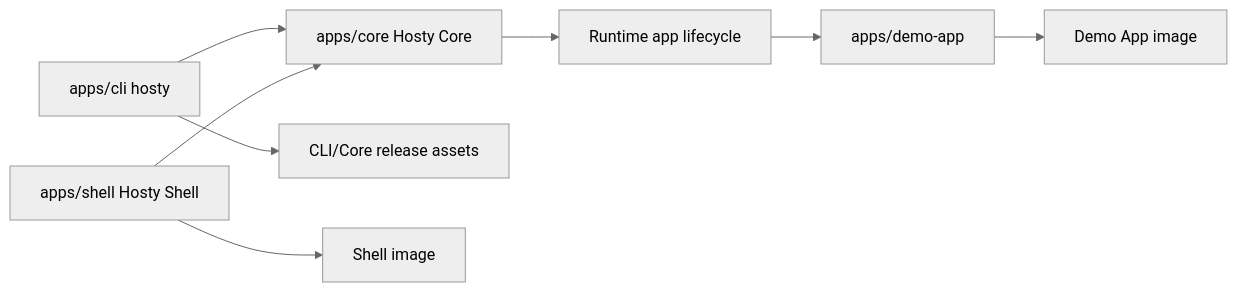
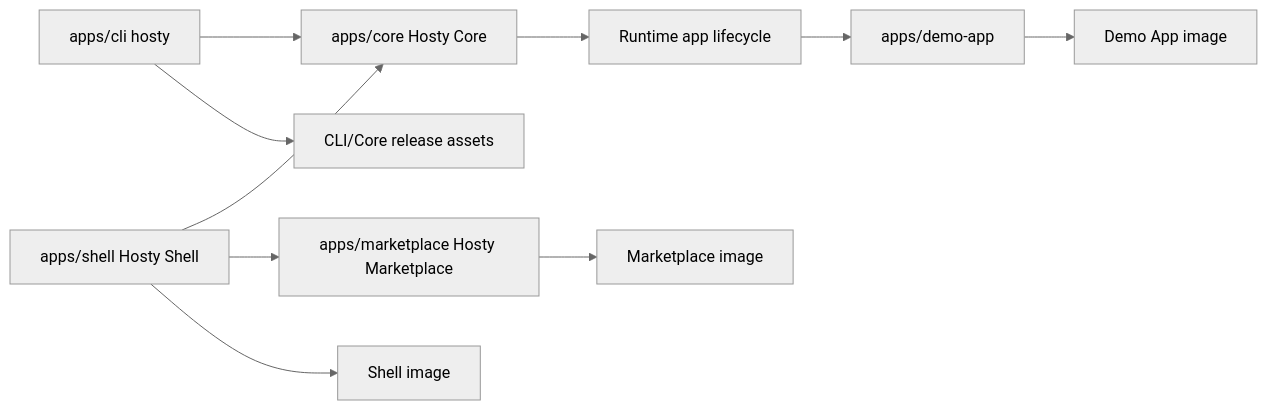
Before and after one commit to alex-de-haas/docker-host: the diagram in docs/features/repository-release-model.md, drawn with Mermaid (neutral theme). The commit also changed other lines of this file and 123 other files, not shown here.

First line of the commit message:
feat(marketplace): move catalog discovery into hosty.marketplace; generic Core feeds

````diff
--- a/docs/features/repository-release-model.md
+++ b/docs/features/repository-release-model.md
@@ -20,10 +24,12 @@
 ```mermaid
 flowchart LR
   CLI["apps/cli hosty"] --> Core["apps/core Hosty Core"]
   Shell["apps/shell Hosty Shell"] --> Core
+  Shell --> Marketplace["apps/marketplace Hosty Marketplace"]
   Core --> Runtime["Runtime app lifecycle"]
   Runtime --> Demo["apps/demo-app"]
   CLI --> Artifacts["CLI/Core release assets"]
   Shell --> ShellImage["Shell image"]
+  Marketplace --> MarketplaceImage["Marketplace image"]
   Demo --> DemoImage["Demo App image"]
 ```
````
